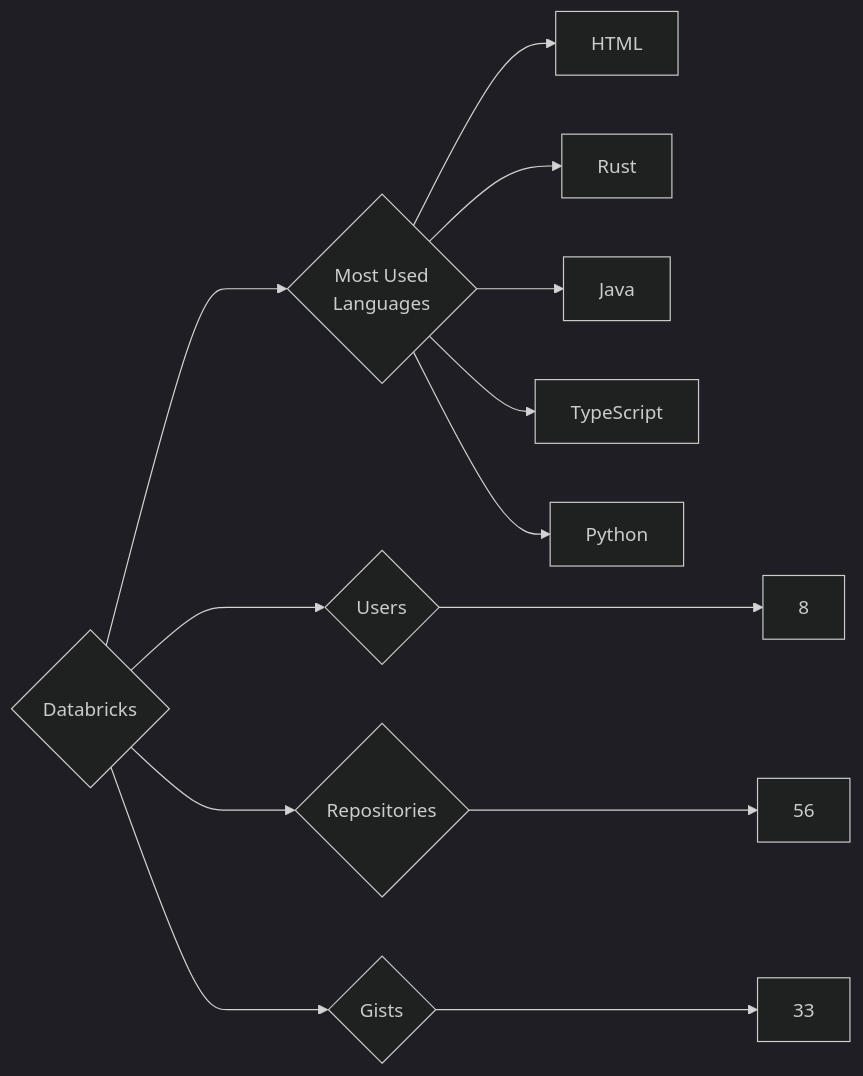
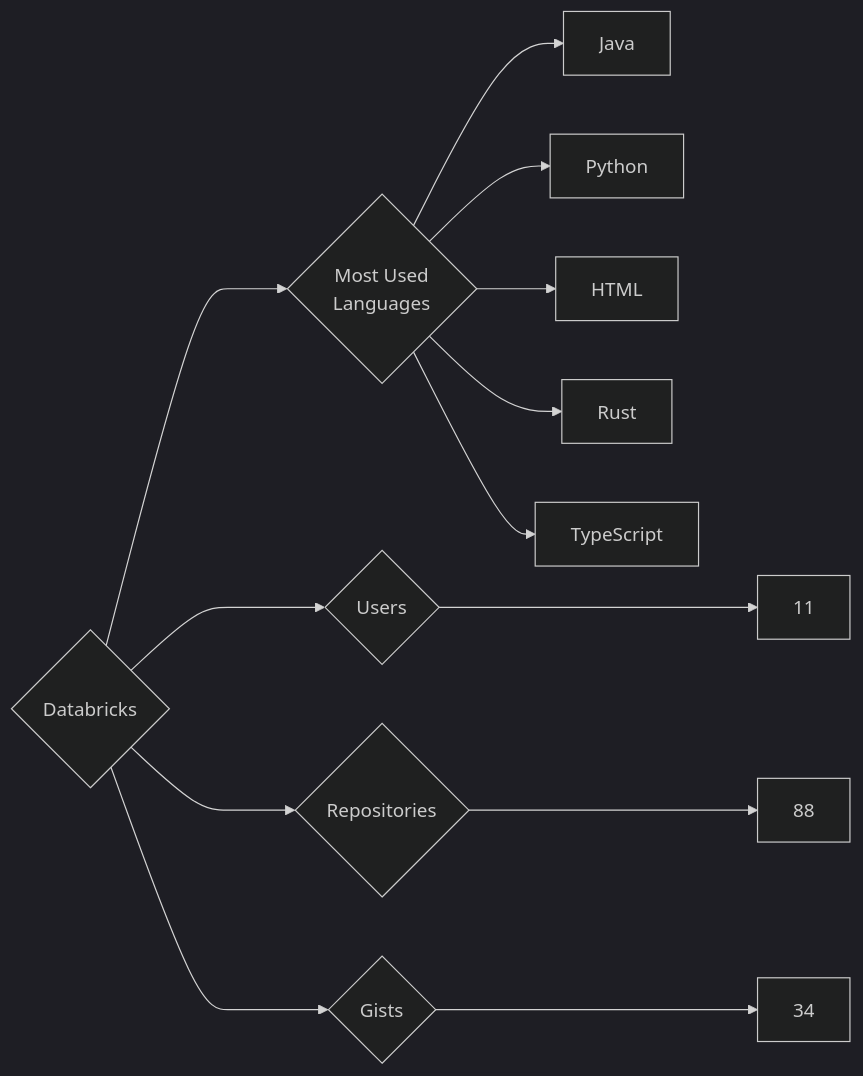
The diagram in targets/Databricks/README.md (trickest/insiders), drawn with Mermaid (dark theme) before and after one commit. The commit also changed 1036 other files, not shown here.

````diff
--- a/targets/Databricks/README.md
+++ b/targets/Databricks/README.md
@@ -3,13 +3,13 @@
 ```mermaid
 graph LR
 COMPANY_NAME{Databricks}
-COMPANY_NAME ---> U{Users} ---> UN[8]
-COMPANY_NAME ---> R{Repositories} ---> RN[56]
-COMPANY_NAME ---> G{Gists} ---> GN[33]
+COMPANY_NAME ---> U{Users} ---> UN[11]
+COMPANY_NAME ---> R{Repositories} ---> RN[88]
+COMPANY_NAME ---> G{Gists} ---> GN[34]
 COMPANY_NAME ---> ML{Most Used<br>Languages}
+ML --> Java[Java]
+ML --> Python[Python]
 ML --> HTML[HTML]
 ML --> Rust[Rust]
-ML --> Java[Java]
 ML --> TypeScript[TypeScript]
-ML --> Python[Python]
 ```
````
